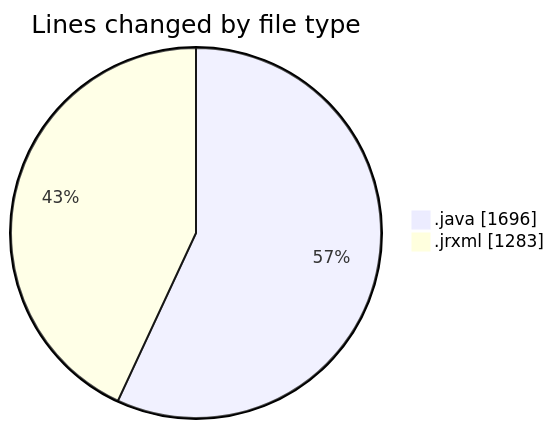
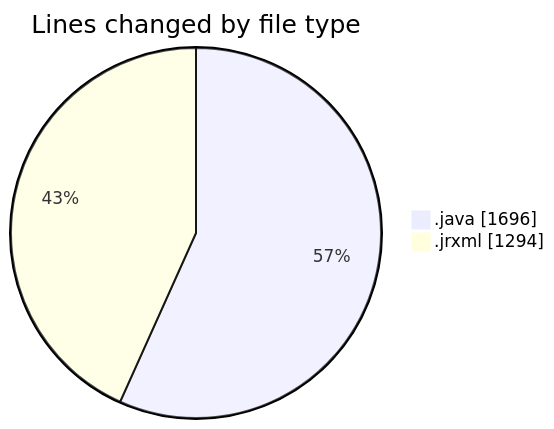
One commit to ricardozamudiocil/code-tracking changed the first of 2 diagrams in 2026-09-30/cilreports__workspace_/README.md. Above: the diagram before and after it, drawn with Mermaid. The commit also changed other lines of this file and 1 other file, not shown here.

````diff
--- a/2026-09-30/cilreports__workspace_/README.md
+++ b/2026-09-30/cilreports__workspace_/README.md
@@ -23,6 +23,6 @@
 ```mermaid
 pie showData
 title Lines changed by file type
 ".java" : 1696
-".jrxml" : 1283
+".jrxml" : 1294
 ```
````
